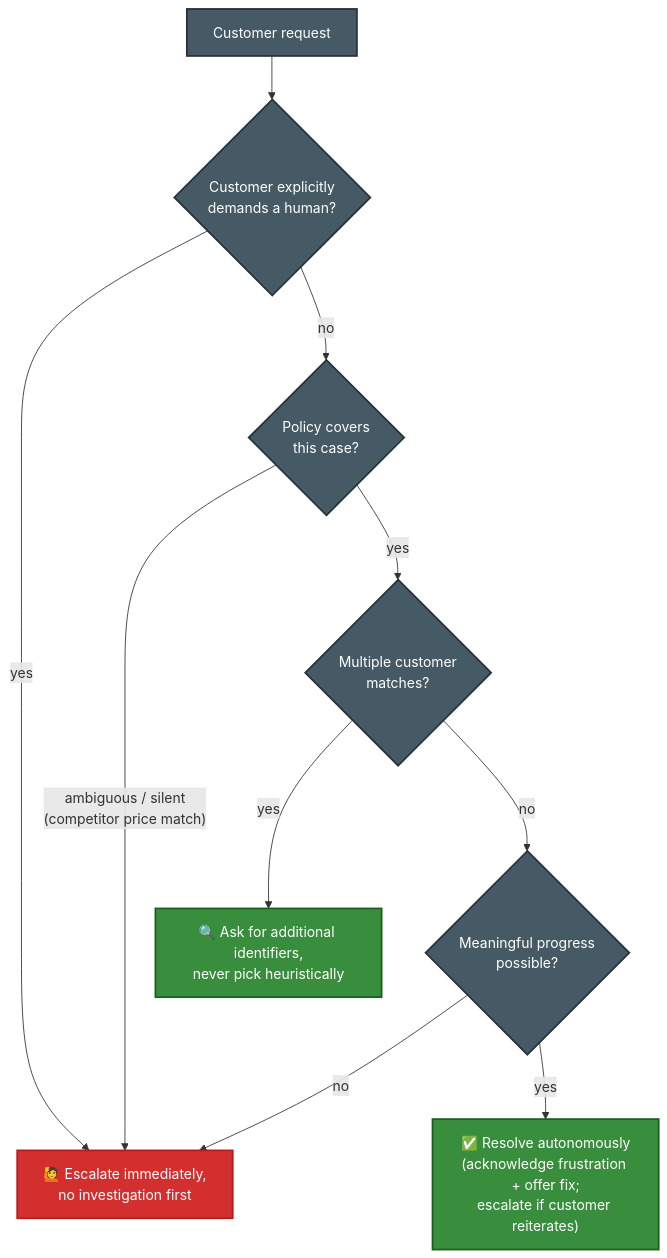
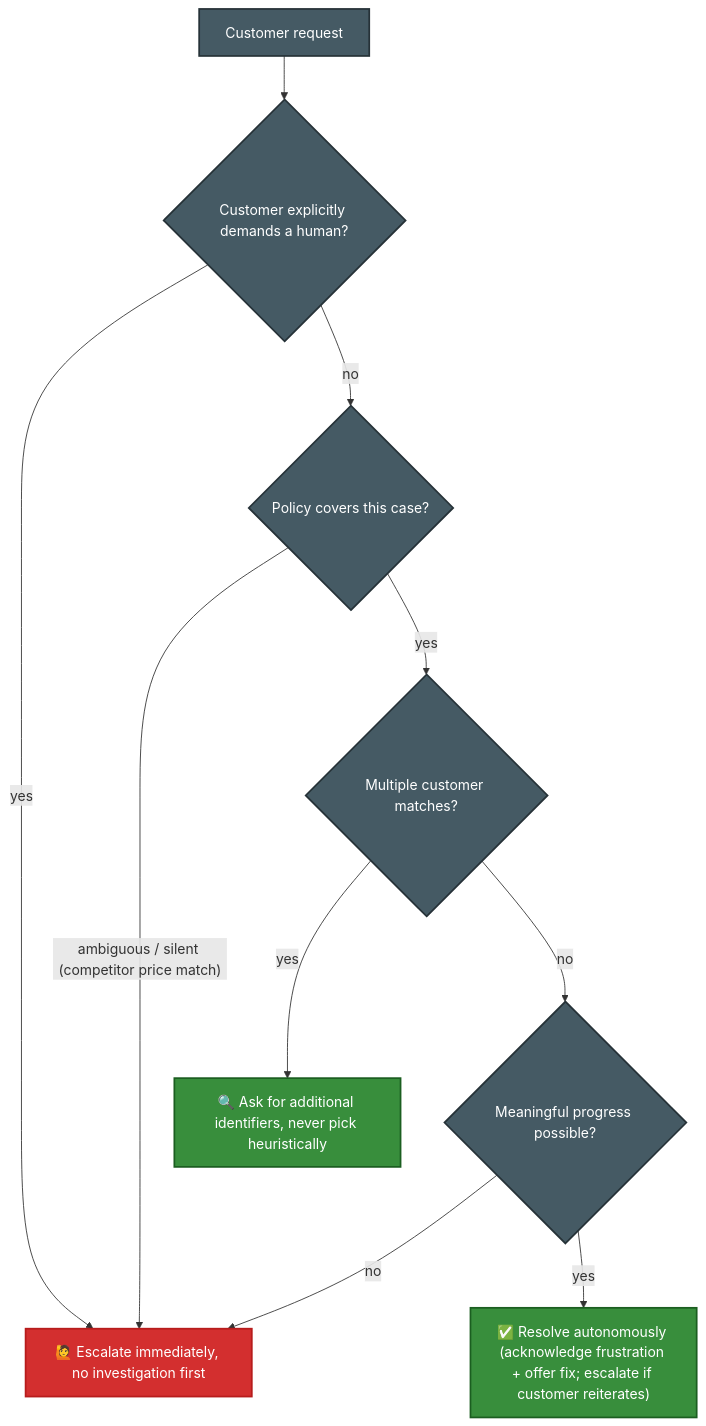
Before and after one commit to parmar-m/claude-architect-certification-prep: the second of 5 diagrams in CCA-F/domains/d5-context-reliability.md, drawn with Mermaid. The commit also changed other lines of this file and 25 other files, not shown here.

````diff
--- a/CCA-F/domains/d5-context-reliability.md
+++ b/CCA-F/domains/d5-context-reliability.md
@@ -51,18 +51,18 @@
 ```mermaid
 flowchart TD
-    REQ[Customer request] --> T1{Customer explicitly<br/>demands a human?}
-    T1 -- yes --> ESC["🙋 Escalate immediately,<br/>no investigation first"]
-    T1 -- no --> T2{Policy covers<br/>this case?}
-    T2 -- "ambiguous / silent<br/>(competitor price match)" --> ESC
-    T2 -- yes --> T3{Multiple customer<br/>matches?}
-    T3 -- yes --> CLAR["🔍 Ask for additional identifiers,<br/>never pick heuristically"]
-    T3 -- no --> T4{Meaningful progress<br/>possible?}
+    REQ[Customer request] --> T1{"Customer explicitly demands a human?"}
+    T1 -- yes --> ESC["🙋 Escalate immediately, no investigation first"]
+    T1 -- no --> T2{"Policy covers this case?"}
+    T2 -- "ambiguous / silent (competitor price match)" --> ESC
+    T2 -- yes --> T3{"Multiple customer matches?"}
+    T3 -- yes --> CLAR["🔍 Ask for additional identifiers, never pick heuristically"]
+    T3 -- no --> T4{"Meaningful progress possible?"}
     T4 -- no --> ESC
-    T4 -- yes --> RES["✅ Resolve autonomously<br/>(acknowledge frustration + offer fix;<br/>escalate if customer reiterates)"]
+    T4 -- yes --> RES["✅ Resolve autonomously (acknowledge frustration + offer fix; escalate if customer reiterates)"]
     classDef esc fill:#D32F2F,color:#fff,stroke:#B71C1C,stroke-width:2px
     classDef res fill:#388E3C,color:#fff,stroke:#1B5E20,stroke-width:2px
     classDef q fill:#455A64,color:#fff,stroke:#263238,stroke-width:2px
     class ESC esc
     class RES,CLAR res
     class REQ,T1,T2,T3,T4 q
 ```
````
